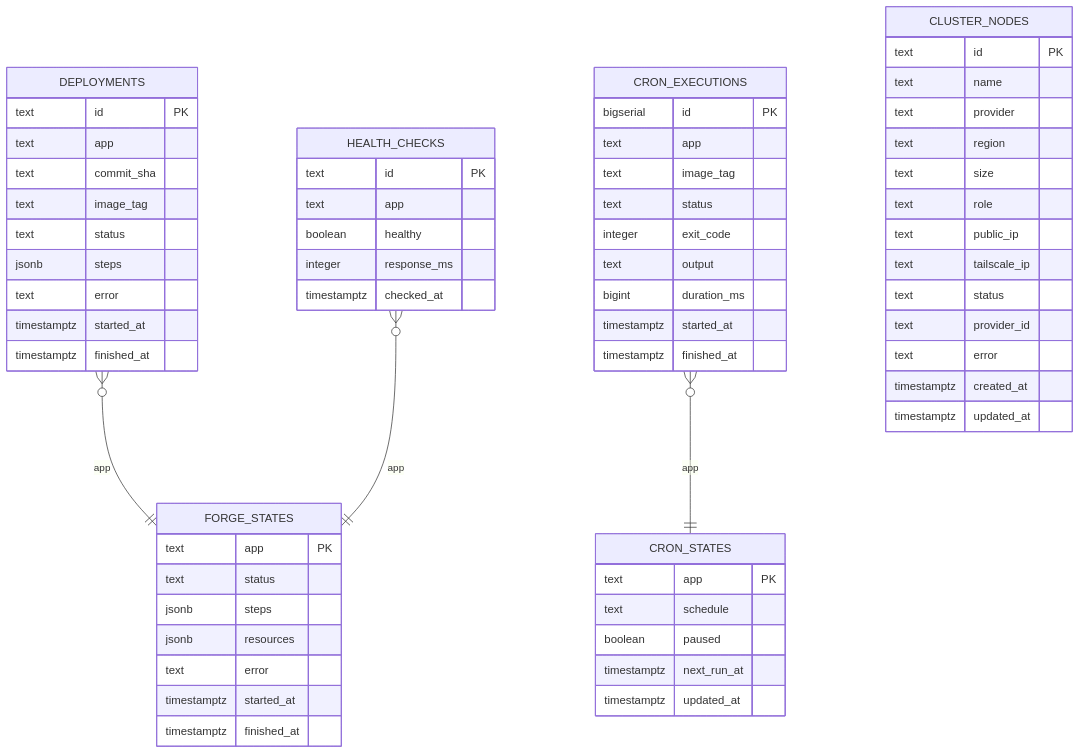
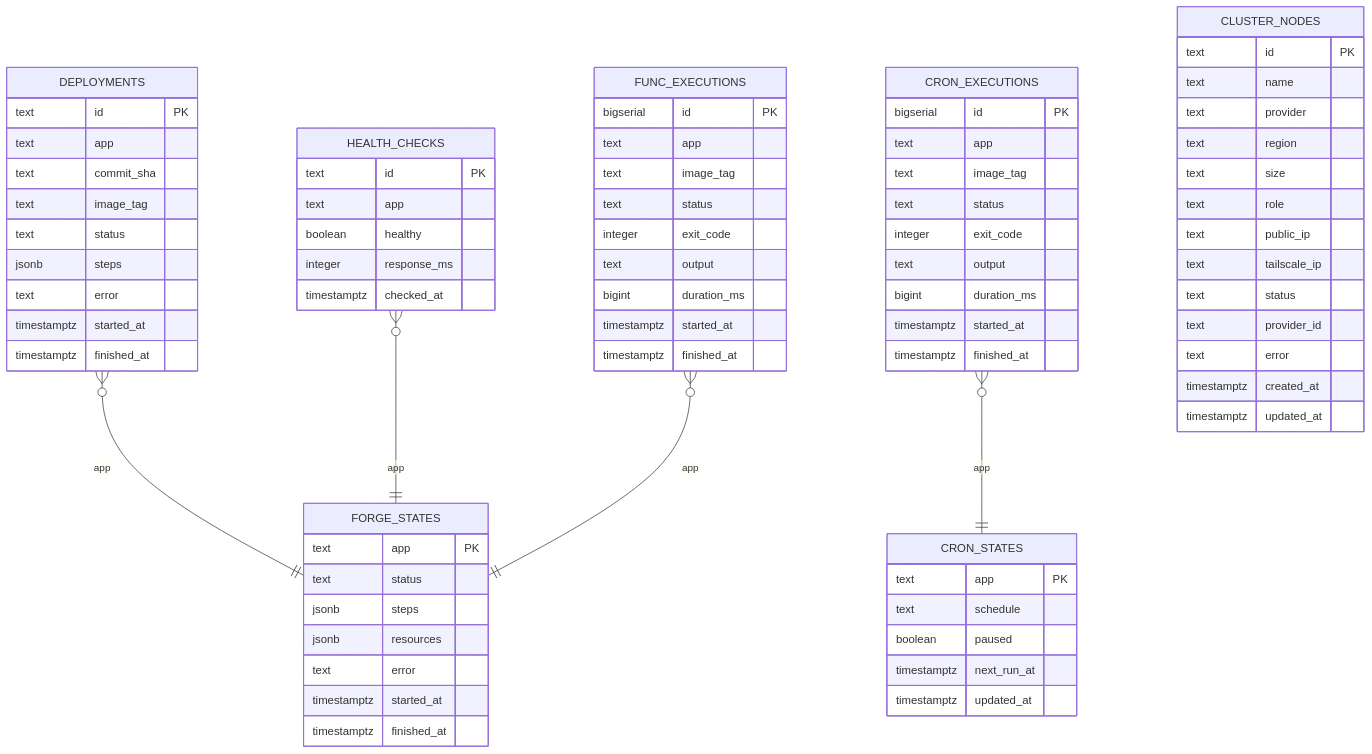
The diagram in docs/architecture/data-model.md (antiartificial/norn), drawn with Mermaid before and after one commit. The commit also changed other lines of this file and 48 other files, not shown here.

````diff
--- a/docs/architecture/data-model.md
+++ b/docs/architecture/data-model.md
@@ -56,6 +56,18 @@
         timestamptz updated_at
     }
 
+    FUNC_EXECUTIONS {
+        bigserial id PK
+        text app
+        text image_tag
+        text status
+        integer exit_code
+        text output
+        bigint duration_ms
+        timestamptz started_at
+        timestamptz finished_at
+    }
+
     CLUSTER_NODES {
         text id PK
         text name
@@ -75,4 +87,5 @@
     DEPLOYMENTS }o--|| FORGE_STATES : "app"
     HEALTH_CHECKS }o--|| FORGE_STATES : "app"
     CRON_EXECUTIONS }o--|| CRON_STATES : "app"
+    FUNC_EXECUTIONS }o--|| FORGE_STATES : "app"
 ```
````
